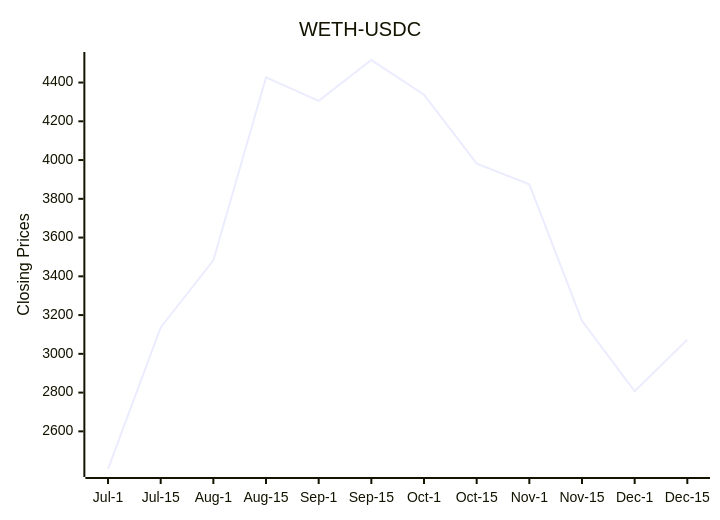
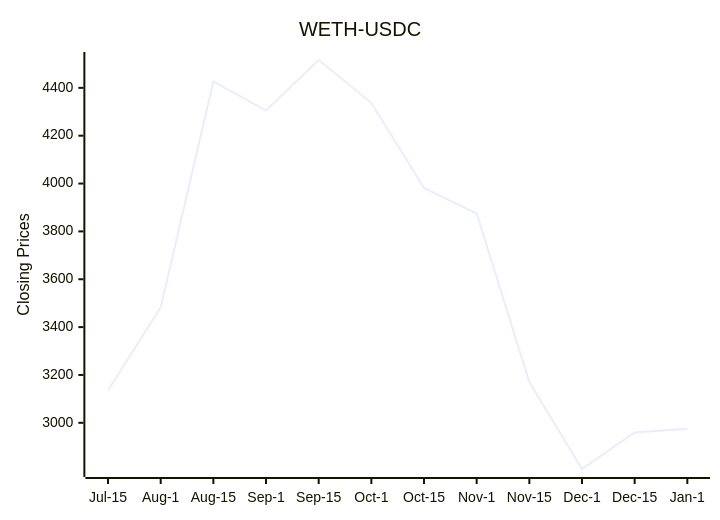
Before and after one commit to bicced/ReadmeCryptoPriceChart: the diagram in README.md, drawn with Mermaid.

Commit message:
Update README with latest DEX data

````diff
--- a/README.md
+++ b/README.md
@@ -6,7 +6,7 @@
 ```mermaid
 xychart-beta
   title "WETH-USDC"
-  x-axis [Jul-1,Jul-15,Aug-1,Aug-15,Sep-1,Sep-15,Oct-1,Oct-15,Nov-1,Nov-15,Dec-1,Dec-15]
-  y-axis "Closing Prices" 2405.73 --> 4516.39403113754
-  line [2405.73,3136.3,3482.42836863059,4426.73412630884,4305.29196667193,4516.39403113754,4337.4165948864,3981.40087035479,3874.8082284479,3170.25621083736,2806.91719695467,3073.39583532703]
+  x-axis [Jul-15,Aug-1,Aug-15,Sep-1,Sep-15,Oct-1,Oct-15,Nov-1,Nov-15,Dec-1,Dec-15,Jan-1]
+  y-axis "Closing Prices" 2806.91719695467 --> 4516.39403113754
+  line [3136.3,3482.42836863059,4426.73412630884,4305.29196667193,4516.39403113754,4337.4165948864,3981.40087035479,3874.8082284479,3170.25621083736,2806.91719695467,2959.74010356289,2974.93251036802]
 ```
````
